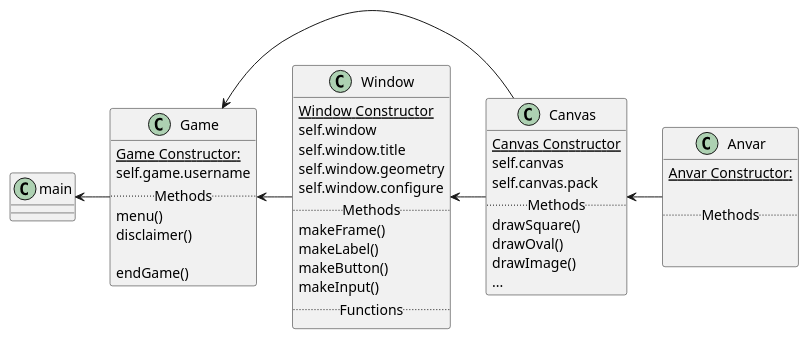
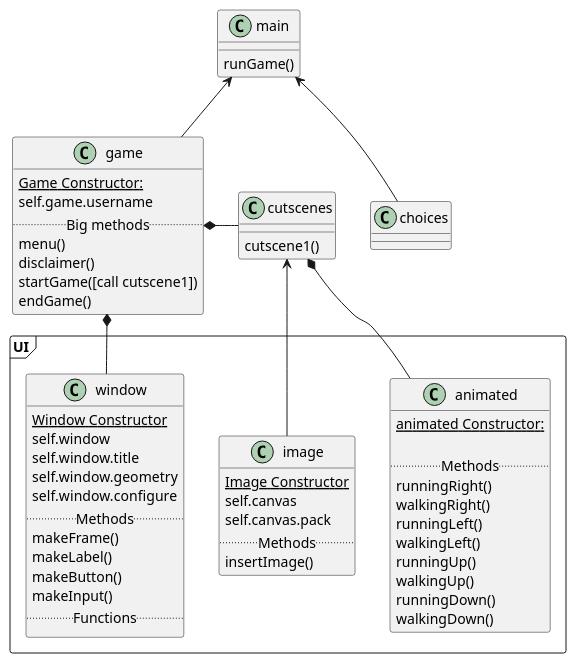
One commit to kbph05/BOATS changed the diagram in map.puml. Above: the diagram before and after it, drawn with PlantUML. The commit also changed 9 other files, not shown here.

Commit message:
feat: gitignore, adjusting layout of uml diagram for more features

```diff
--- a/map.puml
+++ b/map.puml
@@ -1,57 +1,73 @@
 @startuml map
 
-class Window {
-    {static} Window Constructor
-        self.window
-        self.window.title
-        self.window.geometry
-        self.window.configure
-.. Methods ..
-    makeFrame()
-    makeLabel()
-    makeButton()
-    makeInput()
-..Functions..
+class cutscenes {
+    cutscene1()
 }
 
-class Canvas {
-    {static} Canvas Constructor
-        self.canvas
-        self.canvas.pack
-.. Methods ..
-    drawSquare()
-    drawOval()
-    drawImage()
-    ...
+
+class main {
+    runGame()
 }
 
-class Game {
+class choices {
+
+}
+
+class game {
     {static} Game Constructor:
         self.game.username
-    ..Methods..
+    ..Big methods..
     menu()
     disclaimer()
-
+    startGame([call cutscene1])
     endGame()
 }
 
-class Anvar {
-    {static} Anvar Constructor:
+package UI <<frame>> {
+    class window {
+        {static} Window Constructor
+            self.window
+            self.window.title
+            self.window.geometry
+            self.window.configure
+        .. Methods ..
+        makeFrame()
+        makeLabel()
+        makeButton()
+        makeInput()
+        ..Functions..
+    }
+    class image {
+        {static} Image Constructor
+            self.canvas
+            self.canvas.pack
+        .. Methods ..
+        insertImage()
+    }
 
-..Methods..
+    class animated {
+        {static} animated Constructor:
 
-
+        ..Methods..
+        runningRight()
+        walkingRight()
+        runningLeft()
+        walkingLeft()
+        runningUp()
+        walkingUp()
+        runningDown()
+        walkingDown()
+    }
 }
 
-class main {
+main <-- choices
+main <-- game
 
-}
+game *- cutscenes
 
+cutscenes *-- animated
 
+game *-- window
+cutscenes <-- image
 
-Window <- Canvas
-Game <- Window
-main <- Game
-Canvas <- Anvar
-Game <- Canvas
 @enduml
```
